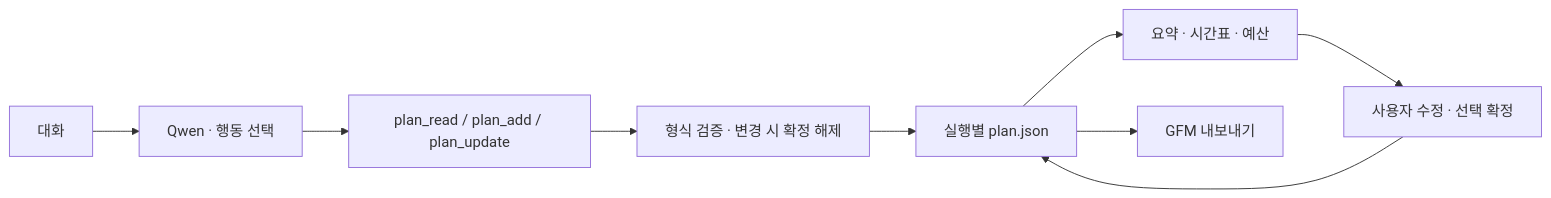
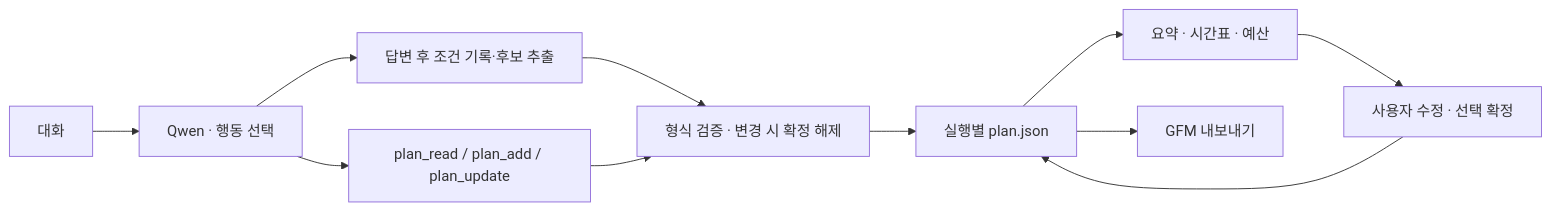
The diagram in docs/travel-plan.md (yuchanahn/travel-agent), drawn with Mermaid before and after one commit. The commit also changed other lines of this file and 5 other files, not shown here.

````diff
--- a/docs/travel-plan.md
+++ b/docs/travel-plan.md
@@ -38,11 +38,13 @@
 ```mermaid
 flowchart LR
     C["대화"] --> A["Qwen · 행동 선택"]
     A --> T["plan_read / plan_add / plan_update"]
+    A --> S["답변 후 조건 기록·후보 추출"]
+    S --> V
     T --> V["형식 검증 · 변경 시 확정 해제"]
     V --> P["실행별 plan.json"]
     P --> U["요약 · 시간표 · 예산"]
     U --> E["사용자 수정 · 선택 확정"]
     E --> P
     P --> M["GFM 내보내기"]
 ```
````
